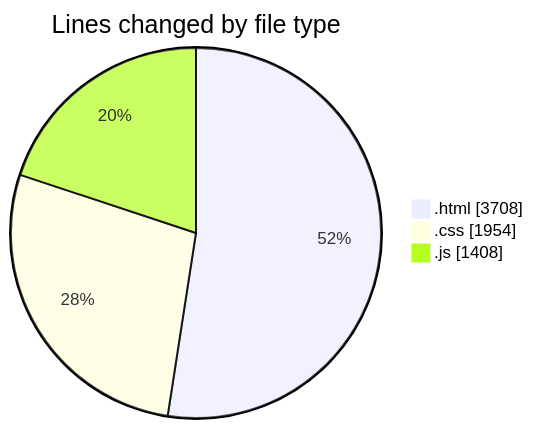
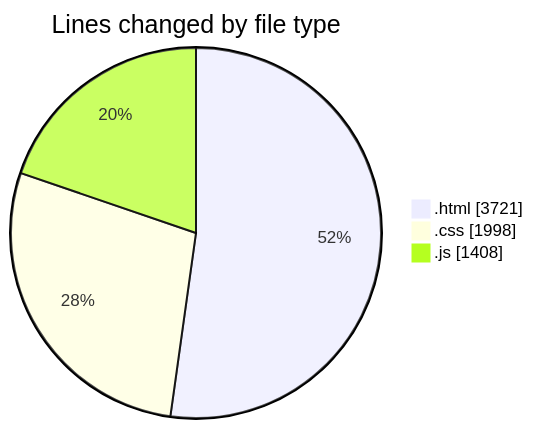
Before and after one commit to Ritupan-Deka/code-tracking: the first of 2 diagrams in 2025-05-24/projects/README.md, drawn with Mermaid. The commit also changed other lines of this file and 1 other file, not shown here.

````diff
--- a/2025-05-24/projects/README.md
+++ b/2025-05-24/projects/README.md
@@ -23,7 +23,7 @@
 ```mermaid
 pie showData
 title Lines changed by file type
-".html" : 3708
-".css" : 1954
+".html" : 3721
+".css" : 1998
 ".js" : 1408
 ```
````
